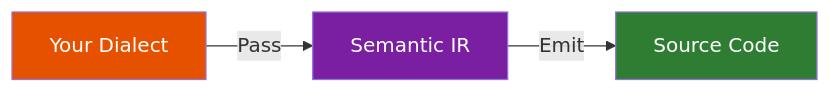
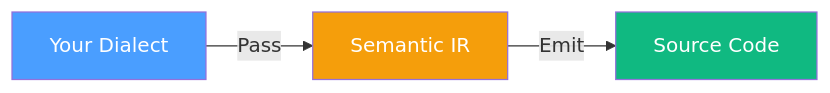
Before and after one commit to alnovis/ircraft: the first of 2 diagrams in README.md, drawn with Mermaid. The commit also changed other lines of this file and 53 other files, not shown here.

First line of the commit message:
refactor(core): two-level Operation architecture with regions as source of truth

````diff
--- a/README.md
+++ b/README.md
@@ -11,8 +11,8 @@
 ```mermaid
 flowchart LR
     A["Your Dialect"] -->|Pass| B["Semantic IR"] -->|Emit| C["Source Code"]
 
-    style A fill:#e65100,color:#fff
-    style B fill:#7b1fa2,color:#fff
-    style C fill:#2e7d32,color:#fff
+    style A fill:#4a9eff,color:#fff
+    style B fill:#f59e0b,color:#fff
+    style C fill:#10b981,color:#fff
 ```
````
